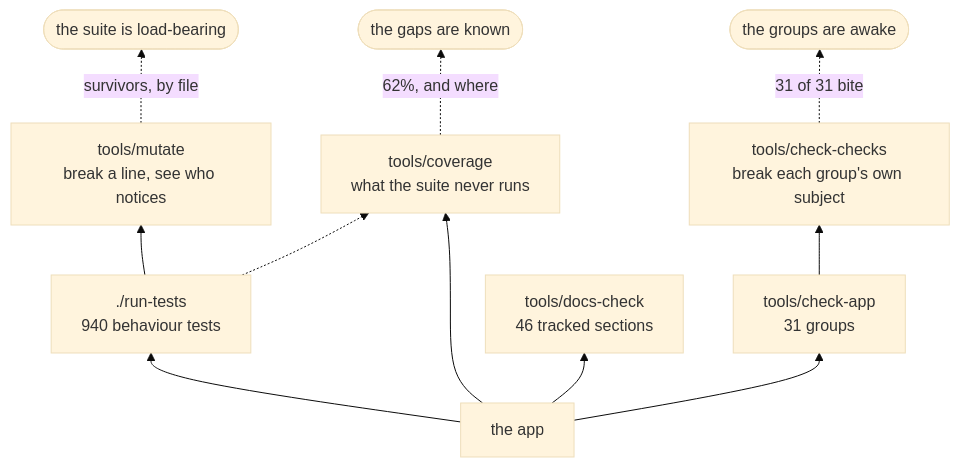
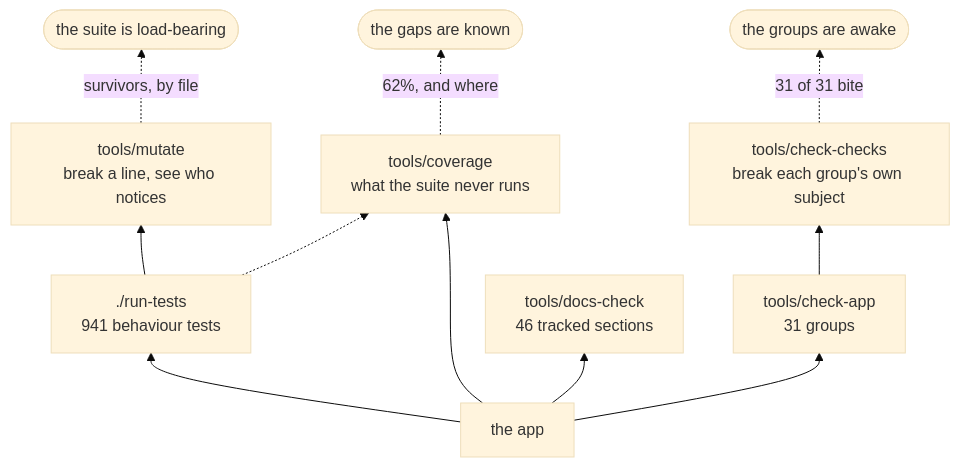
Before and after one commit to minormending/crystal-pilot-mobile: the second of 3 diagrams in docs/DEVELOPING.md, drawn with Mermaid (base theme). The commit also changed other lines of this file and 10 other files, not shown here.

````diff
--- a/docs/DEVELOPING.md
+++ b/docs/DEVELOPING.md
@@ -128,13 +128,13 @@
 ```mermaid
 flowchart BT
-    C["the app"] --> T["./run-tests<br/>940 behaviour tests"]
+    C["the app"] --> T["./run-tests<br/>941 behaviour tests"]
     C --> A["tools/check-app<br/>31 groups"]
     C --> D["tools/docs-check<br/>46 tracked sections"]
     C --> V["tools/coverage<br/>what the suite never runs"]
     T --> M["tools/mutate<br/>break a line, see who notices"]
     A --> K["tools/check-checks<br/>break each group's own subject"]
     T -.-> V
     M -.->|"survivors, by file"| R(["the suite is load-bearing"])
     K -.->|"31 of 31 bite"| R2(["the groups are awake"])
     V -.->|"62%, and where"| R3(["the gaps are known"])
 ```
````
